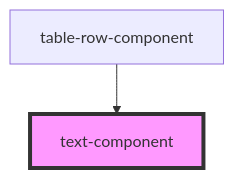
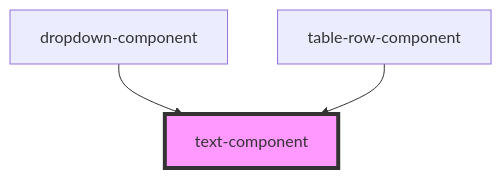
One commit to design-system-dev/scania-dev-test changed the diagram in packages/components/src/components/text-component/readme.md. Above: the diagram before and after it, drawn with Mermaid. The commit also changed other lines of this file and 5 other files, not shown here.

Commit message:
feat: basic dropdown-component functionality

````diff
--- a/packages/components/src/components/text-component/readme.md
+++ b/packages/components/src/components/text-component/readme.md
@@ -25,5 +26,6 @@
 ```mermaid
 graph TD;
+  dropdown-component --> text-component
   table-row-component --> text-component
   style text-component fill:#f9f,stroke:#333,stroke-width:4px
 ```
````
